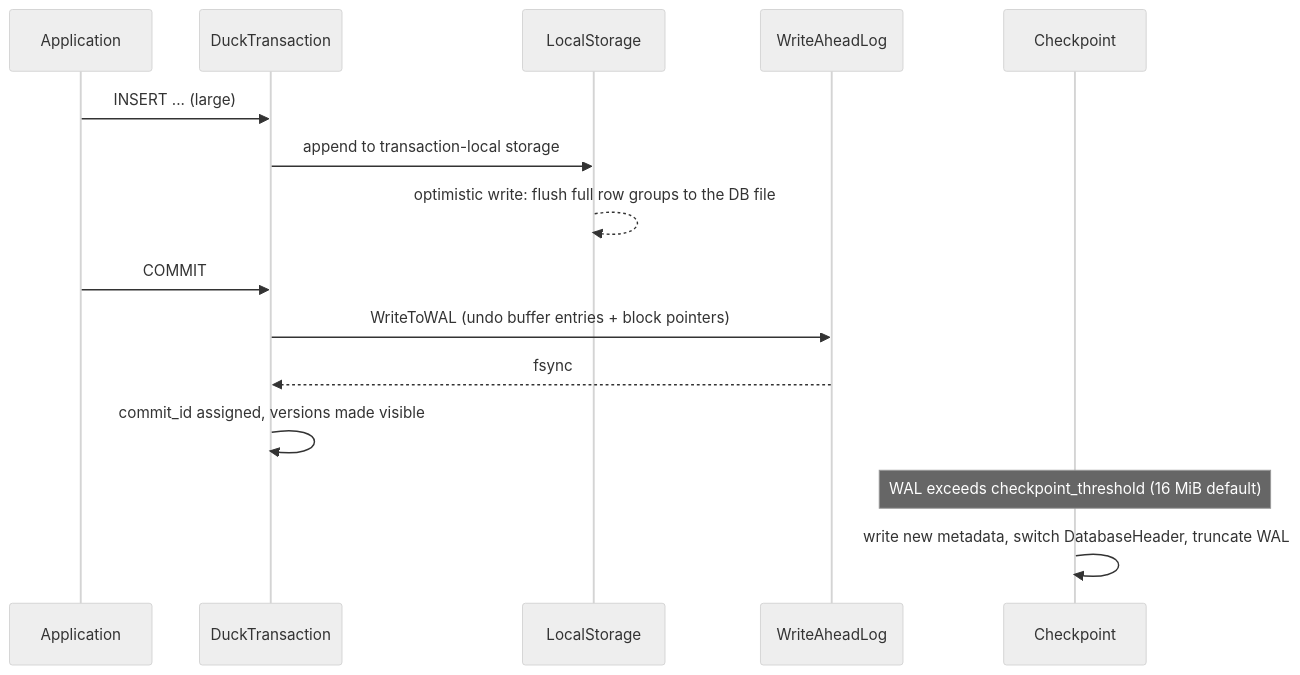
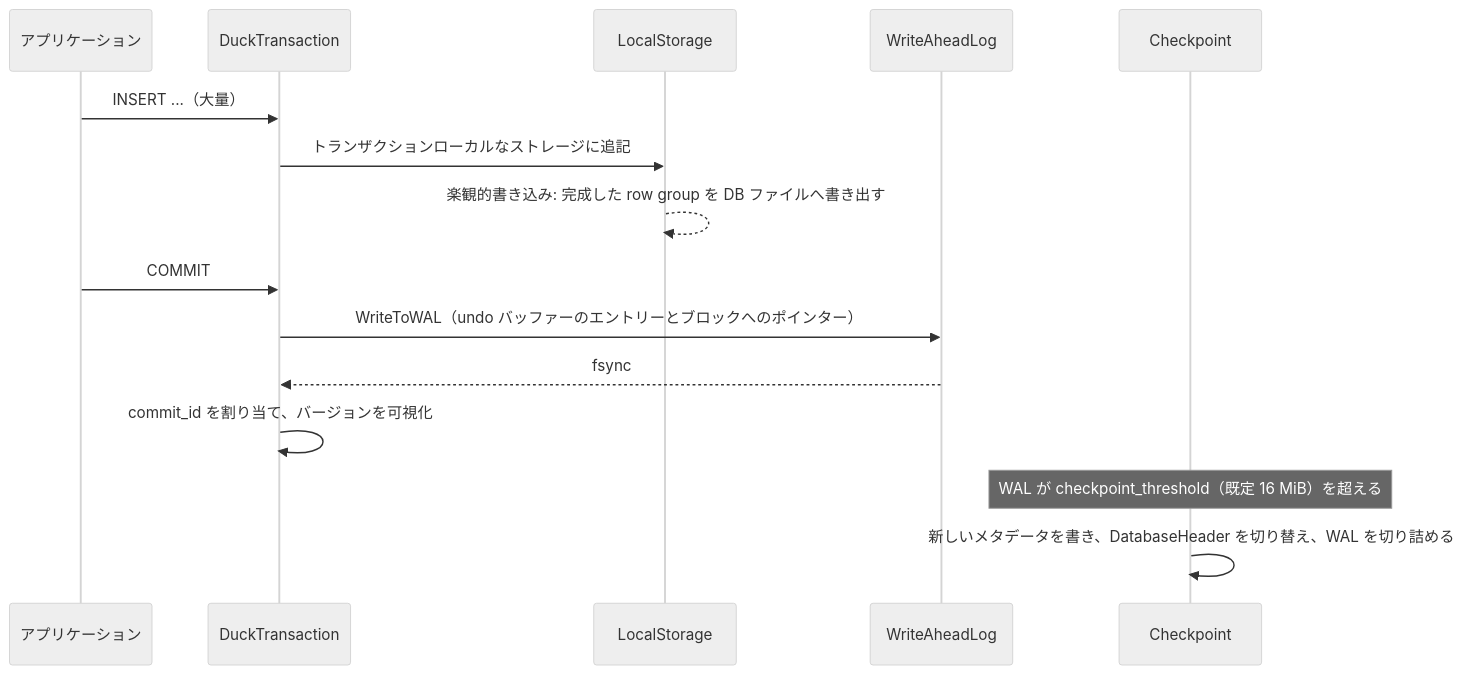
Before and after one commit to yoichiozaki/yoichiozaki.github.io: the second of 2 diagrams in content/blog/ja/duckdb-internals.mdx, drawn with Mermaid (neutral theme). The commit also changed other lines of this file and 220 other files, not shown here.

````diff
--- a/content/blog/ja/duckdb-internals.mdx
+++ b/content/blog/ja/duckdb-internals.mdx
@@ -990,17 +988,17 @@
 ```mermaid
 sequenceDiagram
-    participant App as Application
+    participant App as アプリケーション
     participant Txn as DuckTransaction
     participant Local as LocalStorage
     participant Wal as WriteAheadLog
     participant Chk as Checkpoint
-    App->>Txn: INSERT ... (large)
-    Txn->>Local: append to transaction-local storage
-    Local-->>Local: optimistic write: flush full row groups to the DB file
+    App->>Txn: INSERT ...（大量）
+    Txn->>Local: トランザクションローカルなストレージに追記
+    Local-->>Local: 楽観的書き込み: 完成した row group を DB ファイルへ書き出す
     App->>Txn: COMMIT
-    Txn->>Wal: WriteToWAL (undo buffer entries + block pointers)
+    Txn->>Wal: WriteToWAL（undo バッファーのエントリーとブロックへのポインター）
     Wal-->>Txn: fsync
-    Txn->>Txn: commit_id assigned, versions made visible
-    Note over Chk: WAL exceeds checkpoint_threshold (16 MiB default)
-    Chk->>Chk: write new metadata, switch DatabaseHeader, truncate WAL
+    Txn->>Txn: commit_id を割り当て、バージョンを可視化
+    Note over Chk: WAL が checkpoint_threshold（既定 16 MiB）を超える
+    Chk->>Chk: 新しいメタデータを書き、DatabaseHeader を切り替え、WAL を切り詰める
 ```
````
